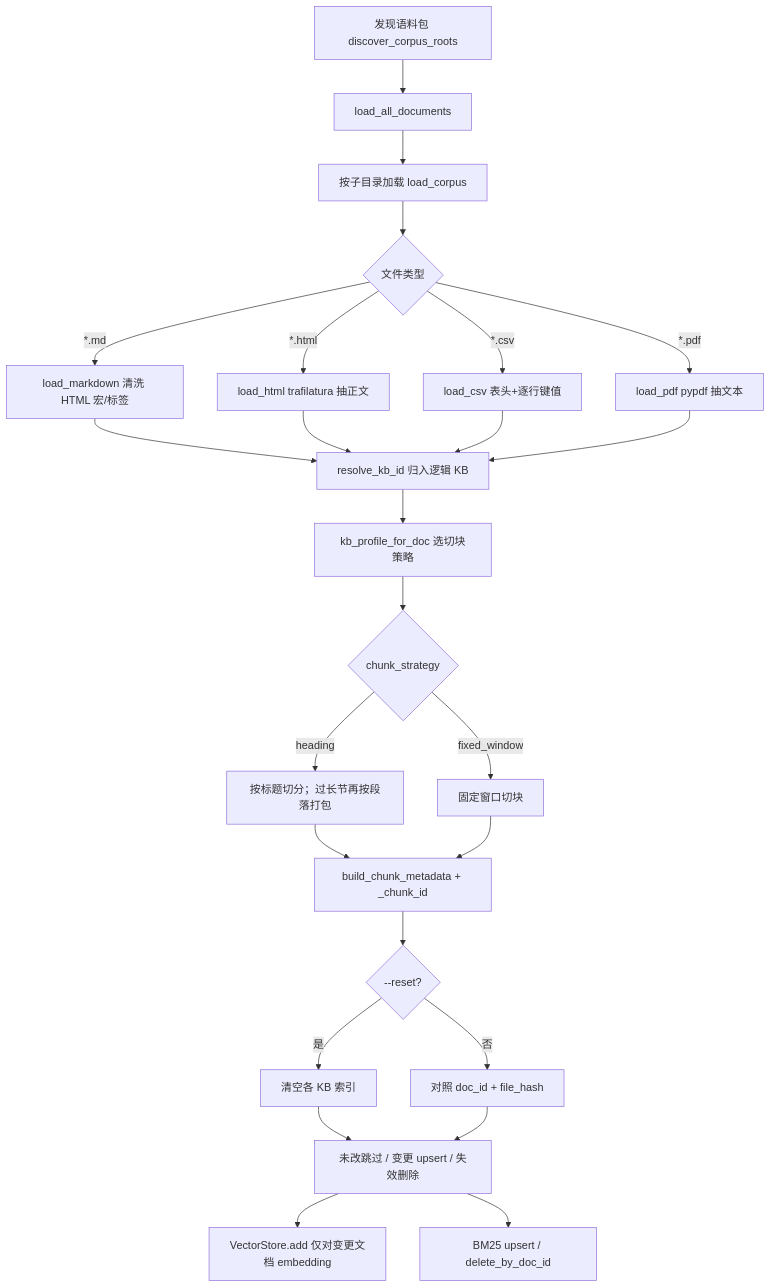
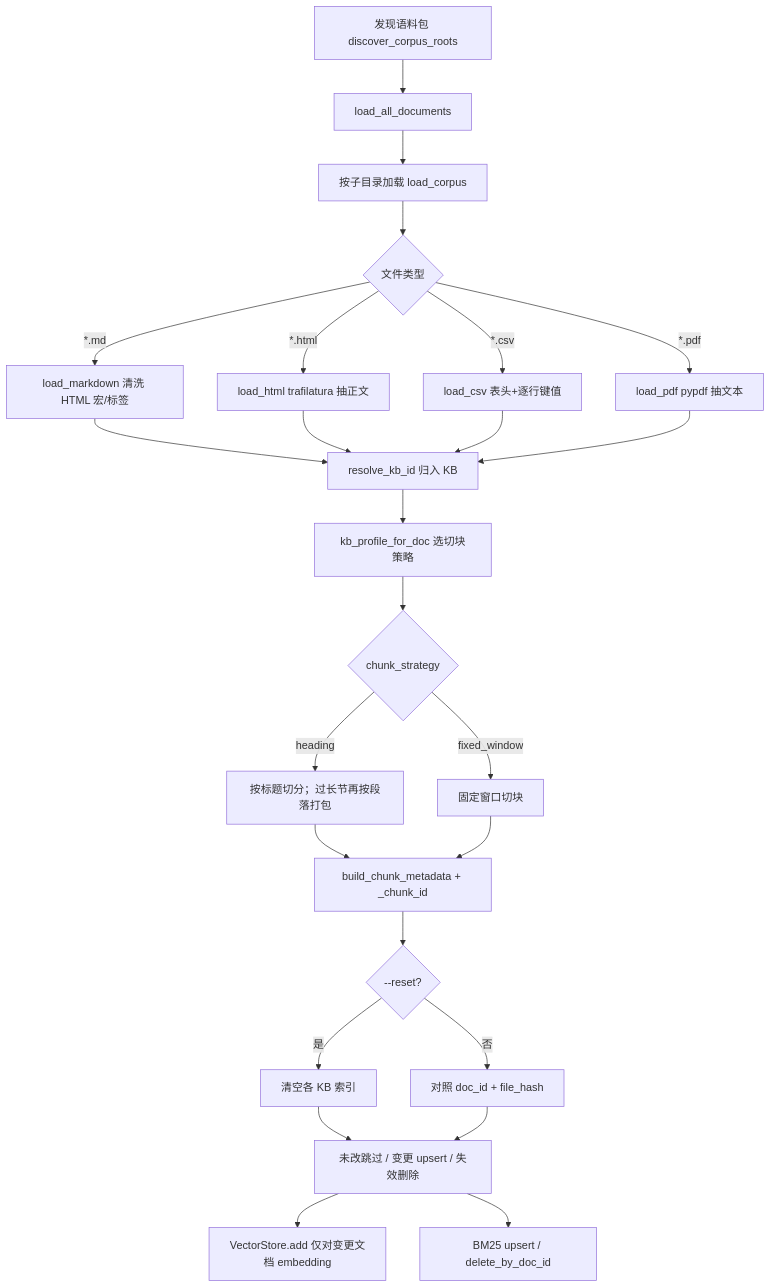
The diagram in docs/ingest-pipeline.md (Issho-lin/rag-knowledge-assistant), drawn with Mermaid before and after one commit. The commit also changed other lines of this file and 7 other files, not shown here.

Commit message:
feat: graph-rag相关文档补充

````diff
--- a/docs/ingest-pipeline.md
+++ b/docs/ingest-pipeline.md
@@ -8,27 +17,27 @@
 ```mermaid
 flowchart TD
     A[发现语料包 discover_corpus_roots] --> B[load_all_documents]
     B --> C[按子目录加载 load_corpus]
     C --> D{文件类型}
     D -->|*.md| E[load_markdown 清洗 HTML 宏/标签]
     D -->|*.html| F[load_html trafilatura 抽正文]
     D -->|*.csv| G[load_csv 表头+逐行键值]
     D -->|*.pdf| H[load_pdf pypdf 抽文本]
-    E --> I[resolve_kb_id 归入逻辑 KB]
+    E --> I[resolve_kb_id 归入 KB]
     F --> I
     G --> I
     H --> I
     I --> J[kb_profile_for_doc 选切块策略]
     J --> K{chunk_strategy}
     K -->|heading| L[按标题切分；过长节再按段落打包]
     K -->|fixed_window| M[固定窗口切块]
     L --> N[build_chunk_metadata + _chunk_id]
     M --> N
     N --> O{--reset?}
     O -->|是| P[清空各 KB 索引]
     O -->|否| Q[对照 doc_id + file_hash]
     P --> R[未改跳过 / 变更 upsert / 失效删除]
     Q --> R
     R --> S[VectorStore.add 仅对变更文档 embedding]
     R --> T[BM25 upsert / delete_by_doc_id]
 ```
````
